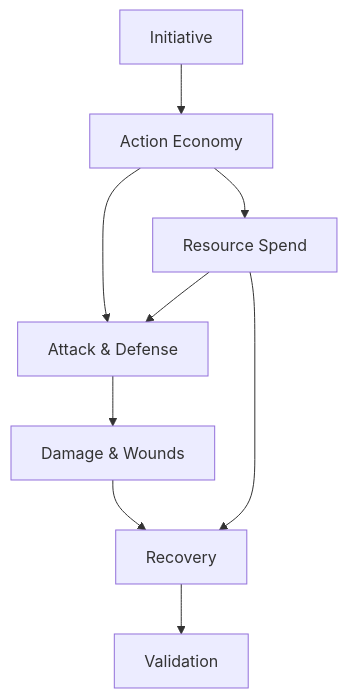
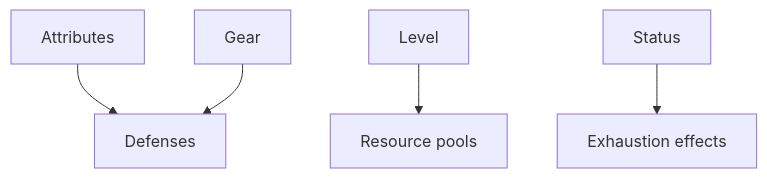
The diagram in docs/rules/combat-resources.md (RyWhal/Tempest-Illumination), drawn with Mermaid before and after one commit. The commit also changed other lines of this file and 12 other files, not shown here.

````diff
--- a/docs/rules/combat-resources.md
+++ b/docs/rules/combat-resources.md
@@ -17,19 +11,7 @@
 ```mermaid
-flowchart TD
-  initiative[Initiative]
-  actions[Action Economy]
-  attack[Attack & Defense]
-  damage[Damage & Wounds]
-  resources[Resource Spend]
-  recovery[Recovery]
-  validation[Validation]
-
-  initiative --> actions
-  actions --> attack
-  attack --> damage
-  actions --> resources
-  resources --> attack
-  damage --> recovery
-  resources --> recovery
-  recovery --> validation
+graph TD
+  A[Attributes] --> D[Defenses]
+  G[Gear] --> D
+  L[Level] --> R[Resource pools]
+  S[Status] --> X[Exhaustion effects]
 ```
````
